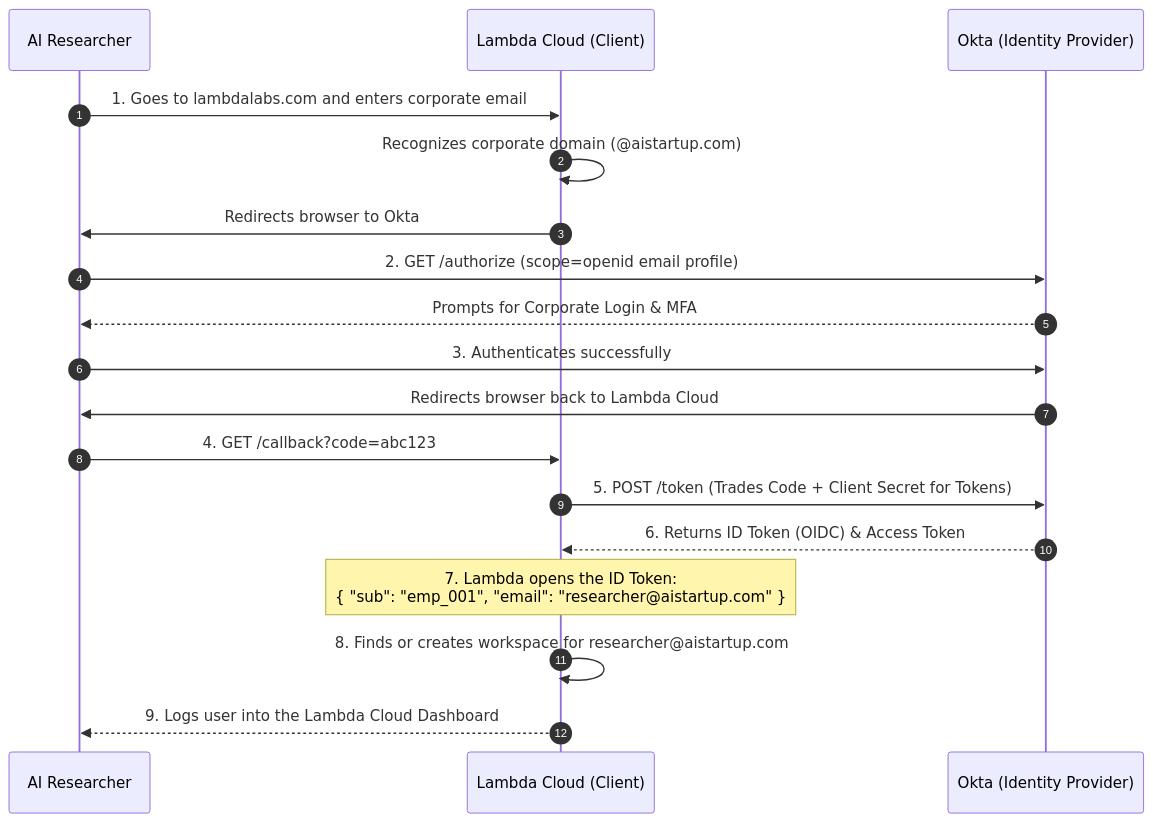
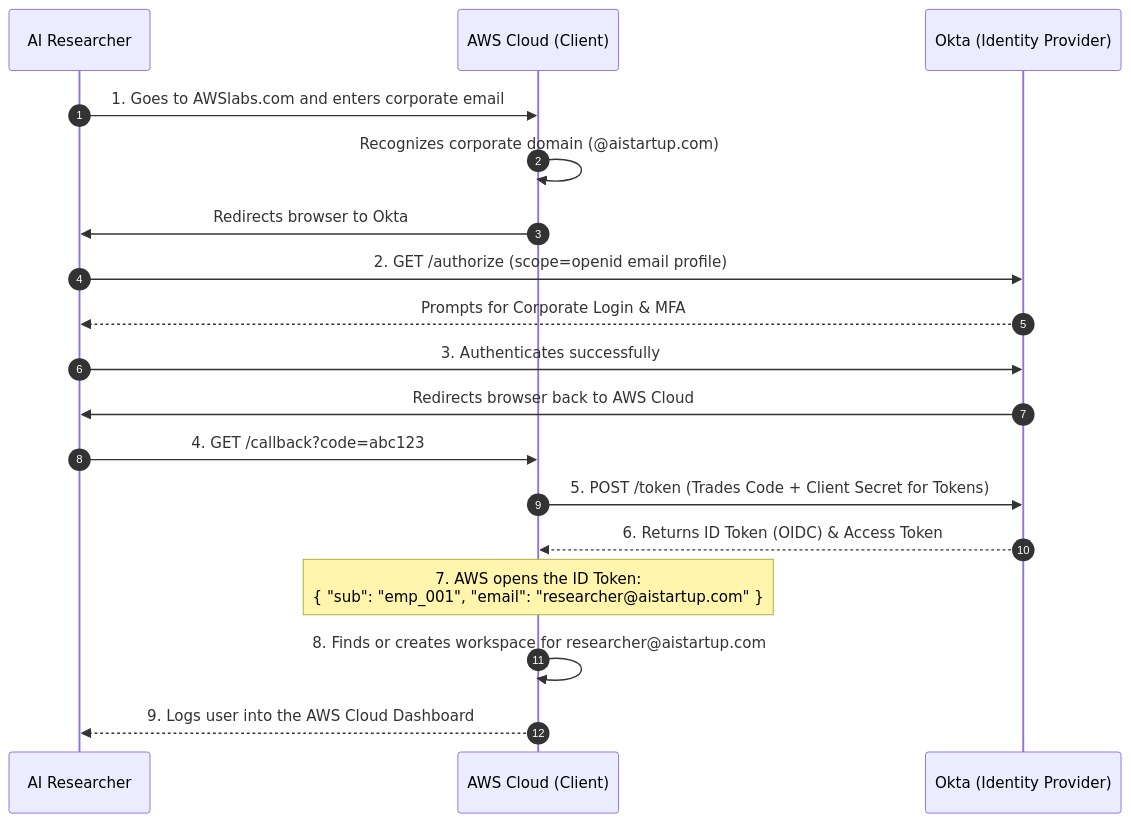
One commit to nirajp82/IdentityAccessManagement_IAM changed the diagram in 02_AuthN_Federation/Quiz/Day_00.md. Above: the diagram before and after it, drawn with Mermaid. The commit also changed other lines of this file, not shown here.

````diff
--- a/02_AuthN_Federation/Quiz/Day_00.md
+++ b/02_AuthN_Federation/Quiz/Day_00.md
@@ -24,27 +24,27 @@
 ```mermaid
 sequenceDiagram
     autonumber
     participant Researcher as AI Researcher
-    participant Lambda as Lambda Cloud (Client)
+    participant AWS as AWS Cloud (Client)
     participant Okta as Okta (Identity Provider)
 
-    Researcher->>Lambda: 1. Goes to lambdalabs.com and enters corporate email
-    Lambda->>Lambda: Recognizes corporate domain (@aistartup.com)
-    Lambda->>Researcher: Redirects browser to Okta
+    Researcher->>AWS: 1. Goes to AWSlabs.com and enters corporate email
+    AWS->>AWS: Recognizes corporate domain (@aistartup.com)
+    AWS->>Researcher: Redirects browser to Okta
     
     Researcher->>Okta: 2. GET /authorize (scope=openid email profile)
     Okta-->>Researcher: Prompts for Corporate Login & MFA
     Researcher->>Okta: 3. Authenticates successfully
     
-    Okta->>Researcher: Redirects browser back to Lambda Cloud
-    Researcher->>Lambda: 4. GET /callback?code=abc123
+    Okta->>Researcher: Redirects browser back to AWS Cloud
+    Researcher->>AWS: 4. GET /callback?code=abc123
     
-    Lambda->>Okta: 5. POST /token (Trades Code + Client Secret for Tokens)
-    Okta-->>Lambda: 6. Returns ID Token (OIDC) & Access Token
+    AWS->>Okta: 5. POST /token (Trades Code + Client Secret for Tokens)
+    Okta-->>AWS: 6. Returns ID Token (OIDC) & Access Token
     
-    Note over Lambda: 7. Lambda opens the ID Token:<br/>{ "sub": "emp_001", "email": "researcher@aistartup.com" }
+    Note over AWS: 7. AWS opens the ID Token:<br/>{ "sub": "emp_001", "email": "researcher@aistartup.com" }
     
-    Lambda->>Lambda: 8. Finds or creates workspace for researcher@aistartup.com
-    Lambda-->>Researcher: 9. Logs user into the Lambda Cloud Dashboard
+    AWS->>AWS: 8. Finds or creates workspace for researcher@aistartup.com
+    AWS-->>Researcher: 9. Logs user into the AWS Cloud Dashboard
 
 ```
````
